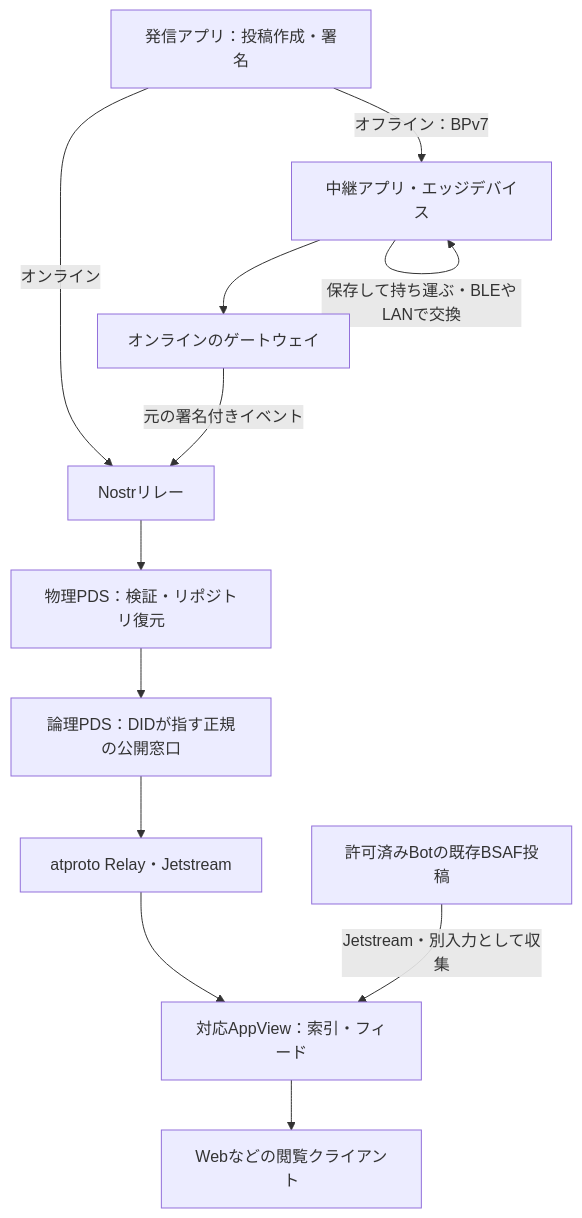
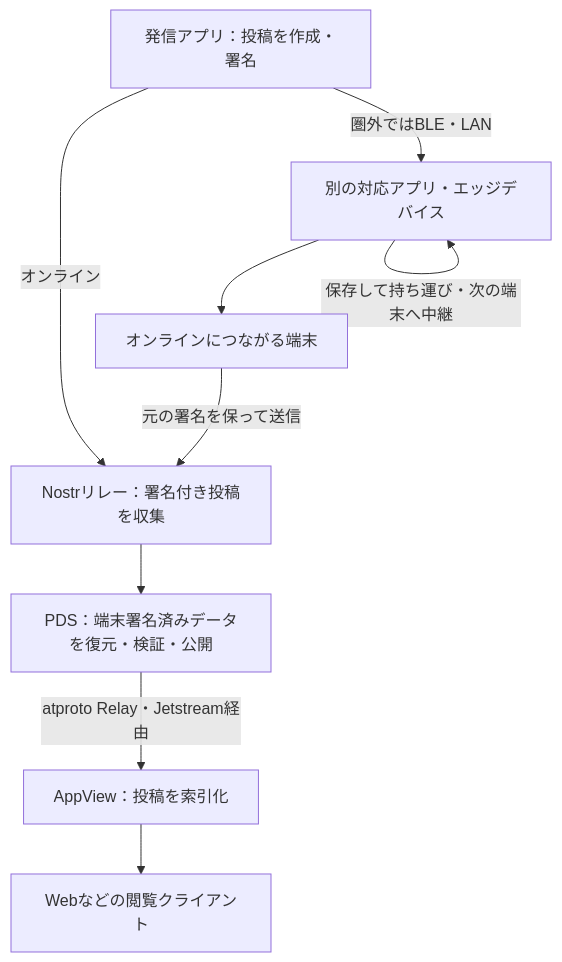
One commit to jphacks/sd_2607 changed the diagram in README.md. Above: the diagram before and after it, drawn with Mermaid. The commit also changed other lines of this file, not shown here.

````diff
--- a/README.md
+++ b/README.md
@@ -170,14 +168,11 @@
 ```mermaid
 flowchart TD
-  A[発信アプリ：投稿作成・署名] -->|オンライン| N[Nostrリレー]
-  A -->|オフライン：BPv7| M[中継アプリ・エッジデバイス]
-  M -->|保存して持ち運ぶ・BLEやLANで交換| M
-  M --> G[オンラインのゲートウェイ]
-  G -->|元の署名付きイベント| N
-  N --> P[物理PDS：検証・リポジトリ復元]
-  P --> L[論理PDS：DIDが指す正規の公開窓口]
-  L --> R[atproto Relay・Jetstream]
-  R --> V[対応AppView：索引・フィード]
-  B[許可済みBotの既存BSAF投稿] -->|Jetstream・別入力として収集| V
+  A[発信アプリ：投稿を作成・署名] -->|オンライン| N[Nostrリレー：署名付き投稿を収集]
+  A -->|圏外ではBLE・LAN| M[別の対応アプリ・エッジデバイス]
+  M -->|保存して持ち運び・次の端末へ中継| M
+  M --> G[オンラインにつながる端末]
+  G -->|元の署名を保って送信| N
+  N --> P[PDS：端末署名済みデータを復元・検証・公開]
+  P -->|atproto Relay・Jetstream経由| V[AppView：投稿を索引化]
   V --> W[Webなどの閲覧クライアント]
 ```
````
